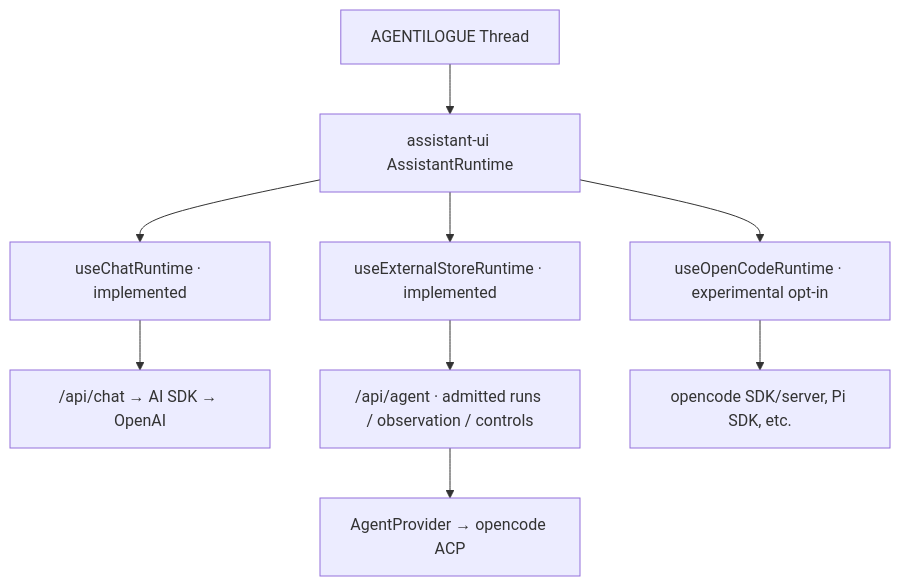
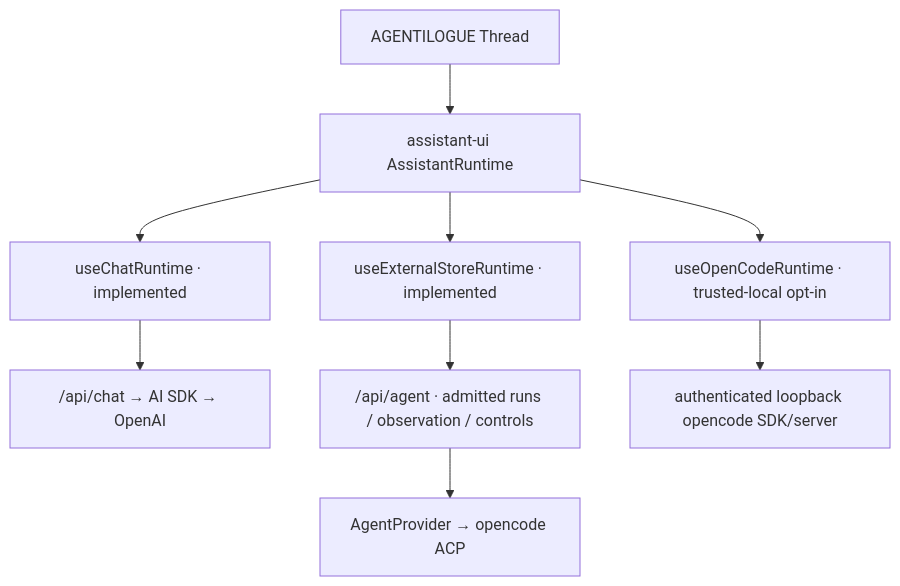
One commit to tbrandenburg/agentilogue changed the second of 3 diagrams in docs/ARCHITECTURE.md. Above: the diagram before and after it, drawn with Mermaid. The commit also changed other lines of this file and 12 other files, not shown here.

First line of the commit message:
fix(native): restore recovery and define trusted-local support (#67)

````diff
--- a/docs/ARCHITECTURE.md
+++ b/docs/ARCHITECTURE.md
@@ -31,11 +31,11 @@
 ```mermaid
 flowchart TB
     UI["AGENTILOGUE Thread"] --> ROOT["assistant-ui AssistantRuntime"]
     ROOT --> SDK["useChatRuntime · implemented"]
     SDK --> CHAT["/api/chat → AI SDK → OpenAI"]
     ROOT --> ACP["useExternalStoreRuntime · implemented"]
     ACP --> API["/api/agent · admitted runs / observation / controls"]
     API --> PORT["AgentProvider → opencode ACP"]
-    ROOT --> NATIVE["useOpenCodeRuntime · experimental opt-in"]
-    NATIVE --> UPSTREAM["opencode SDK/server, Pi SDK, etc."]
+    ROOT --> NATIVE["useOpenCodeRuntime · trusted-local opt-in"]
+    NATIVE --> UPSTREAM["authenticated loopback opencode SDK/server"]
 ```
````
